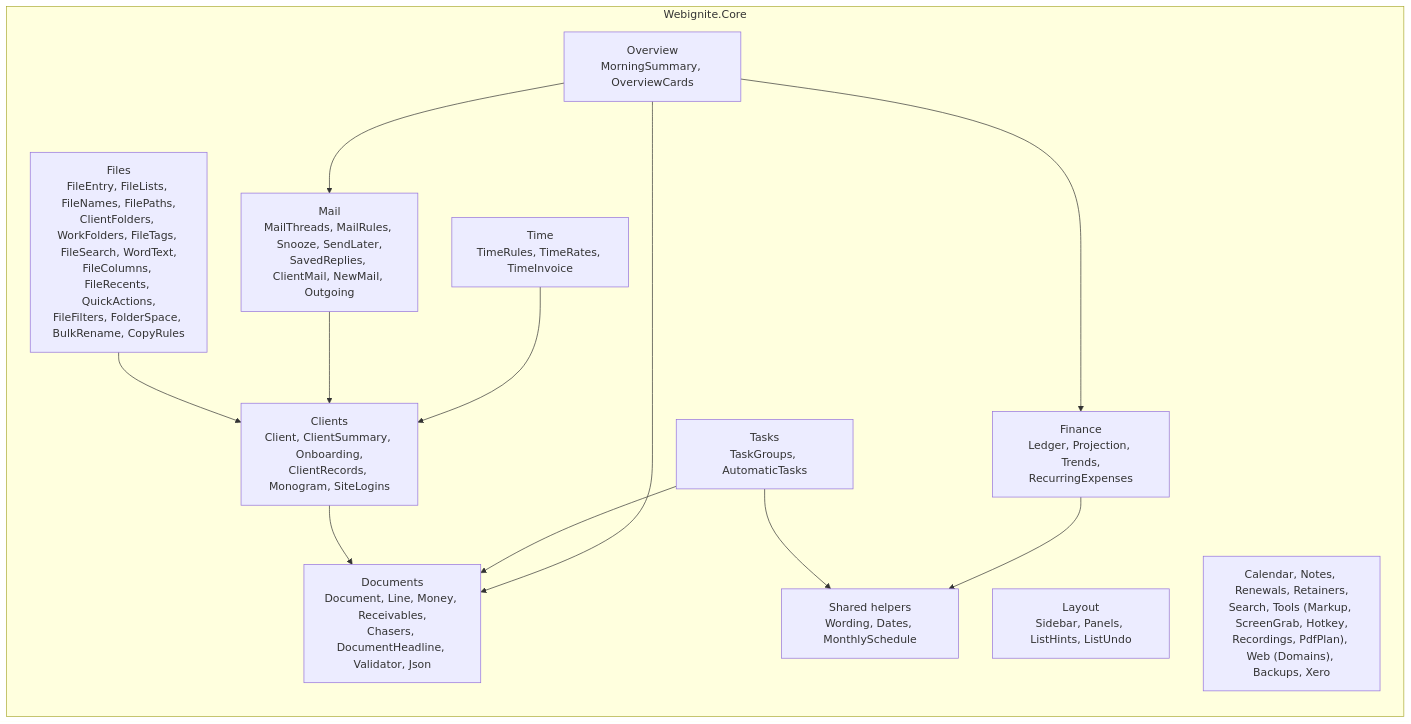
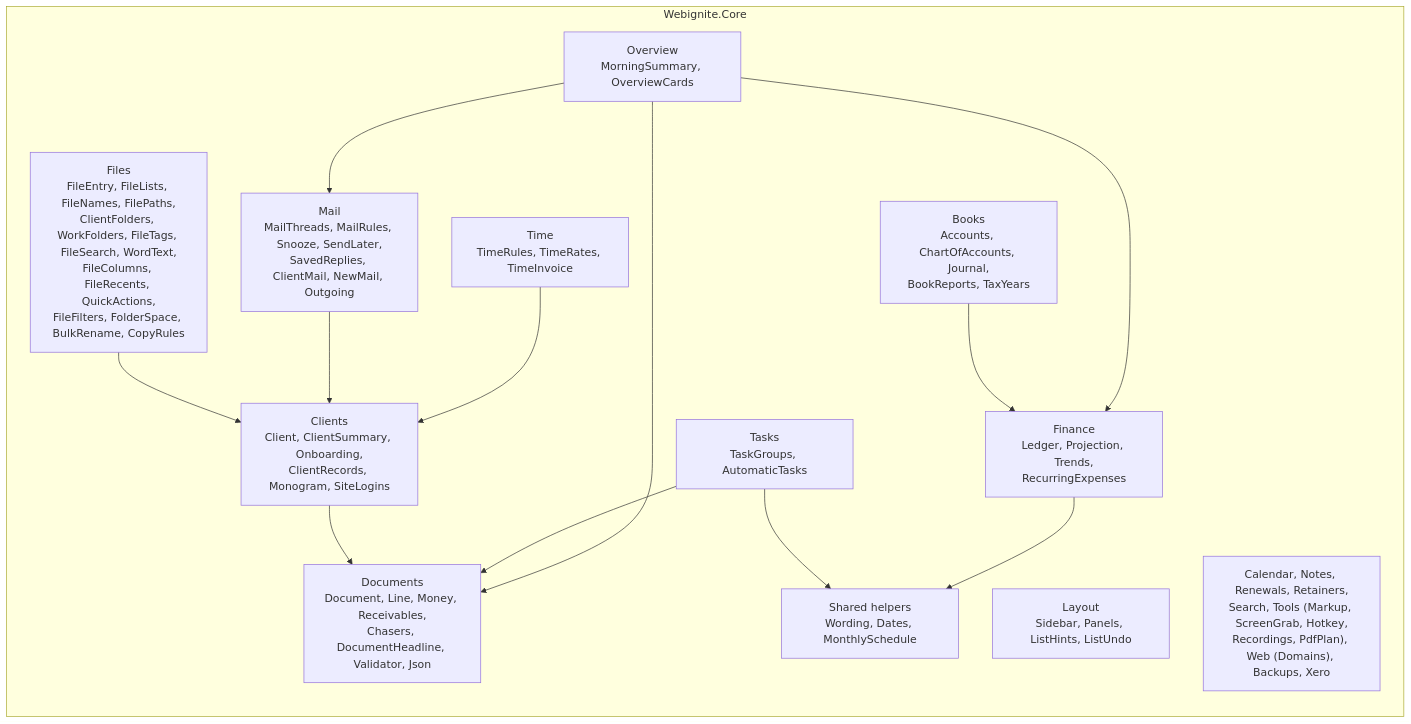
Before and after one commit to EdWebIgnite/Webignite-Desktop: the fourth of 9 diagrams in docs/architecture.md, drawn with Mermaid. The commit also changed other lines of this file and 4 other files, not shown here.

````diff
--- a/docs/architecture.md
+++ b/docs/architecture.md
@@ -123,26 +123,28 @@
 ```mermaid
 flowchart LR
     subgraph core["Webignite.Core"]
         documents["Documents<br/>Document, Line, Money, Receivables,<br/>Chasers, DocumentHeadline, Validator, Json"]
         clients["Clients<br/>Client, ClientSummary, Onboarding,<br/>ClientRecords, Monogram, SiteLogins"]
         mailc["Mail<br/>MailThreads, MailRules, Snooze, SendLater,<br/>SavedReplies, ClientMail, NewMail, Outgoing"]
         finance["Finance<br/>Ledger, Projection, Trends,<br/>RecurringExpenses"]
+        books["Books<br/>Accounts, ChartOfAccounts, Journal,<br/>BookReports, TaxYears"]
         time["Time<br/>TimeRules, TimeRates, TimeInvoice"]
         tasks["Tasks<br/>TaskGroups, AutomaticTasks"]
         overview["Overview<br/>MorningSummary, OverviewCards"]
         layout["Layout<br/>Sidebar, Panels, ListHints, ListUndo"]
         shared["Shared helpers<br/>Wording, Dates, MonthlySchedule"]
         files["Files<br/>FileEntry, FileLists, FileNames, FilePaths,<br/>ClientFolders, WorkFolders, FileTags, FileSearch, WordText,<br/>FileColumns, FileRecents, QuickActions,<br/>FileFilters, FolderSpace, BulkRename, CopyRules"]
         other["Calendar, Notes, Renewals, Retainers,<br/>Search, Tools (Markup, ScreenGrab, Hotkey,<br/>Recordings, PdfPlan), Web (Domains), Backups, Xero"]
     end
     overview --> documents
     overview --> finance
+    books --> finance
     overview --> mailc
     tasks --> documents
     clients --> documents
     time --> clients
     mailc --> clients
     files --> clients
     finance --> shared
     tasks --> shared
 ```
````
